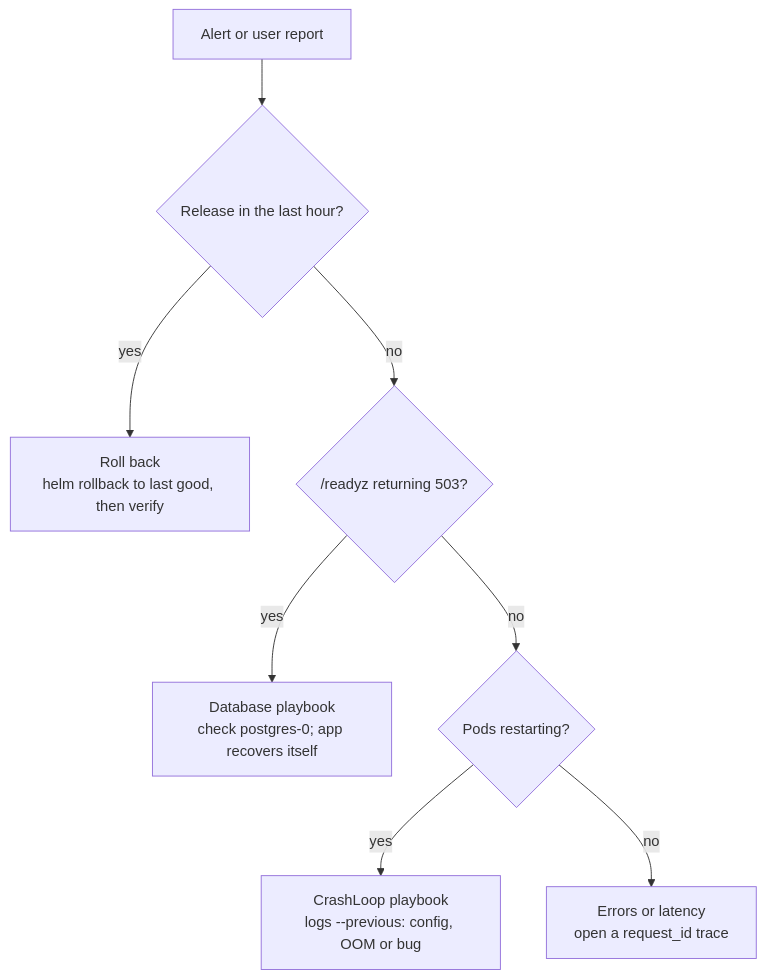
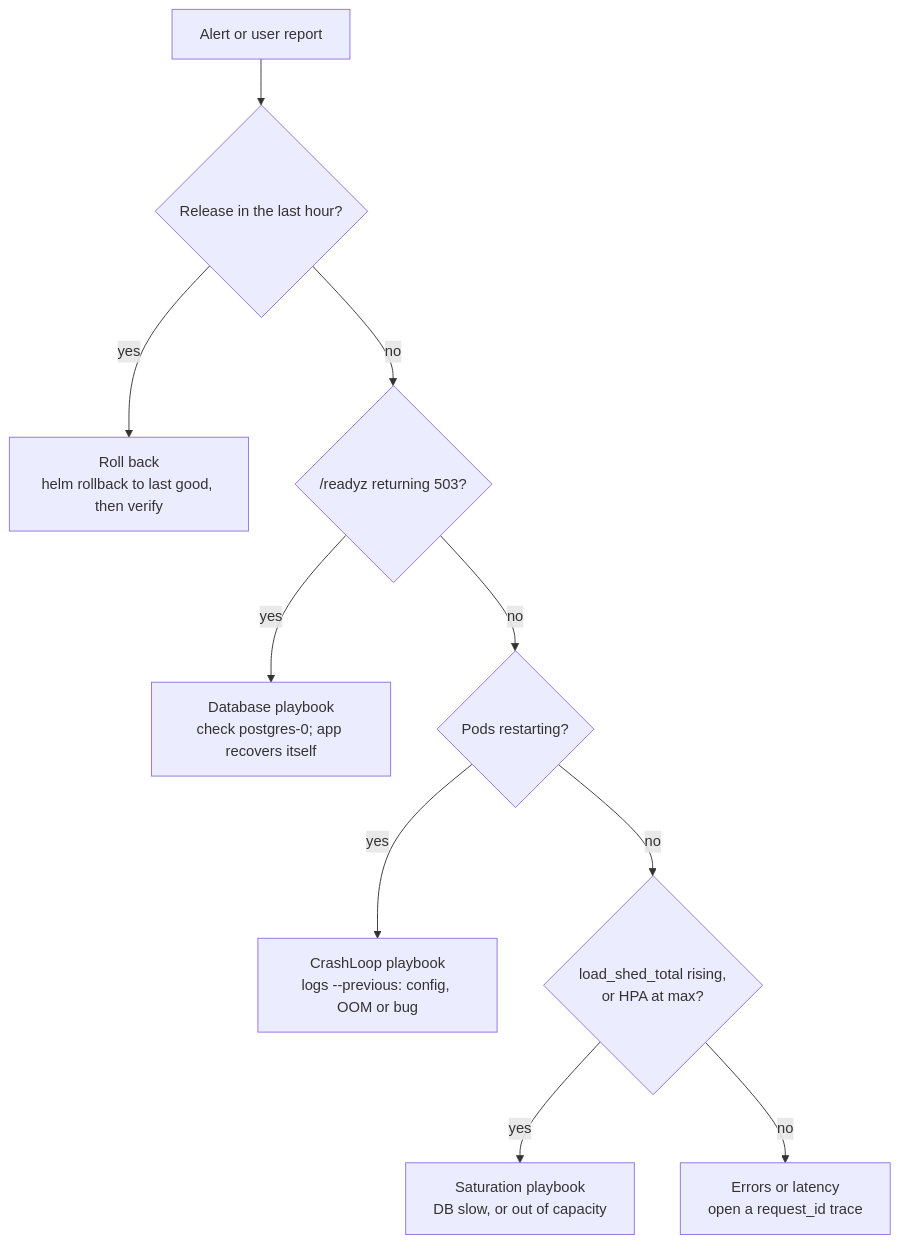
Before and after one commit to easypeasyops/links: the diagram in docs/RUNBOOK.md, drawn with Mermaid. The commit also changed other lines of this file and 26 other files, not shown here.

First line of the commit message:
Load test, fail-fast DB pool, and an HPA sized from measurements (to main) (#12)

````diff
--- a/docs/RUNBOOK.md
+++ b/docs/RUNBOOK.md
@@ -226,10 +233,12 @@
 ```mermaid
 flowchart TD
   A[Alert or user report] --> B{Release in the last hour?}
   B -- yes --> R[Roll back<br/>helm rollback to last good, then verify]
   B -- no --> C{"/readyz returning 503?"}
   C -- yes --> D[Database playbook<br/>check postgres-0; app recovers itself]
   C -- no --> E{Pods restarting?}
   E -- yes --> F[CrashLoop playbook<br/>logs --previous: config, OOM or bug]
-  E -- no --> G[Errors or latency<br/>open a request_id trace]
+  E -- no --> S{"load_shed_total rising,<br/>or HPA at max?"}
+  S -- yes --> T[Saturation playbook<br/>DB slow, or out of capacity]
+  S -- no --> G[Errors or latency<br/>open a request_id trace]
 ```
````
